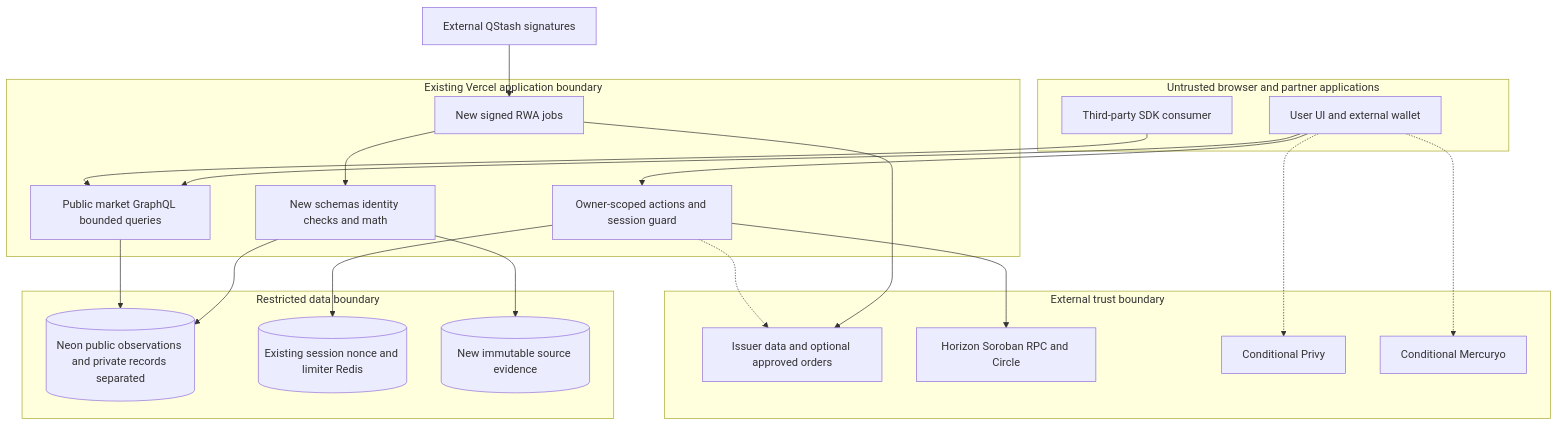
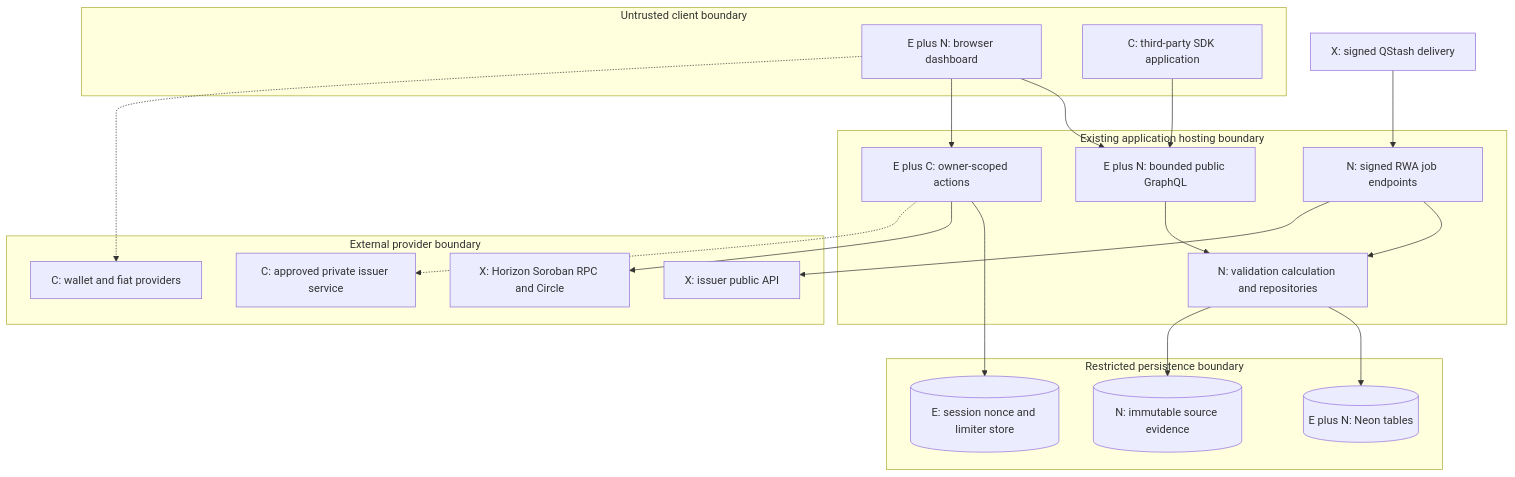
One commit to lendwise-fi/lendwise changed diagram 16 of 18 in docs/rwa-integration-architecture/TECHNICAL_ARCHITECTURE.md. Above: the diagram before and after it, drawn with Mermaid. The commit also changed other lines of this file and 5 other files, not shown here.

Commit message:
docs: detail RWA architecture flows and implementation boundaries

````diff
--- a/docs/rwa-integration-architecture/TECHNICAL_ARCHITECTURE.md
+++ b/docs/rwa-integration-architecture/TECHNICAL_ARCHITECTURE.md
@@ -53,37 +638,37 @@
 ```mermaid
 flowchart TB
-  subgraph Untrusted[Untrusted browser and partner applications]
-    Browser[User UI and external wallet]
-    Consumer[Third-party SDK consumer]
+  subgraph Client[Untrusted client boundary]
+    UI["E plus N: browser dashboard"]
+    Consumer["C: third-party SDK application"]
   end
-  subgraph App[Existing Vercel application boundary]
-    Public[Public market GraphQL bounded queries]
-    Private[Owner-scoped actions and session guard]
-    Worker[New signed RWA jobs]
-    Validate[New schemas identity checks and math]
+  subgraph Server[Existing application hosting boundary]
+    Public["E plus N: bounded public GraphQL"]
+    Owner["E plus C: owner-scoped actions"]
+    Jobs["N: signed RWA job endpoints"]
+    Domain["N: validation calculation and repositories"]
   end
-  subgraph Data[Restricted data boundary]
-    DB[(Neon public observations and private records separated)]
-    Redis[(Existing session nonce and limiter Redis)]
-    Archive[(New immutable source evidence)]
+  subgraph Data[Restricted persistence boundary]
+    SQL[("E plus N: Neon tables")]
+    Session[("E: session nonce and limiter store")]
+    Raw[("N: immutable source evidence")]
   end
-  subgraph Partners[External trust boundary]
-    Issuer[Issuer data and optional approved orders]
-    Rpc[Horizon Soroban RPC and Circle]
-    Wallet[Conditional Privy]
-    Fiat[Conditional Mercuryo]
+  subgraph External[External provider boundary]
+    Source["X: issuer public API"]
+    Chain["X: Horizon Soroban RPC and Circle"]
+    Issuer["C: approved private issuer service"]
+    Optional["C: wallet and fiat providers"]
   end
-  Browser --> Public
+  UI --> Public
   Consumer --> Public
-  Browser --> Private
-  Private --> Redis
-  Scheduler[External QStash signatures] --> Worker
-  Worker --> Issuer
-  Worker --> Validate --> DB
-  Validate --> Archive
-  Public --> DB
-  Private --> Rpc
-  Browser -.-> Wallet
-  Browser -.-> Fiat
-  Private -.-> Issuer
+  UI --> Owner
+  Scheduler["X: signed QStash delivery"] --> Jobs
+  Jobs --> Domain
+  Public --> Domain
+  Domain --> SQL
+  Domain --> Raw
+  Jobs --> Source
+  Owner --> Session
+  Owner --> Chain
+  Owner -.-> Issuer
+  UI -.-> Optional
 ```
````
